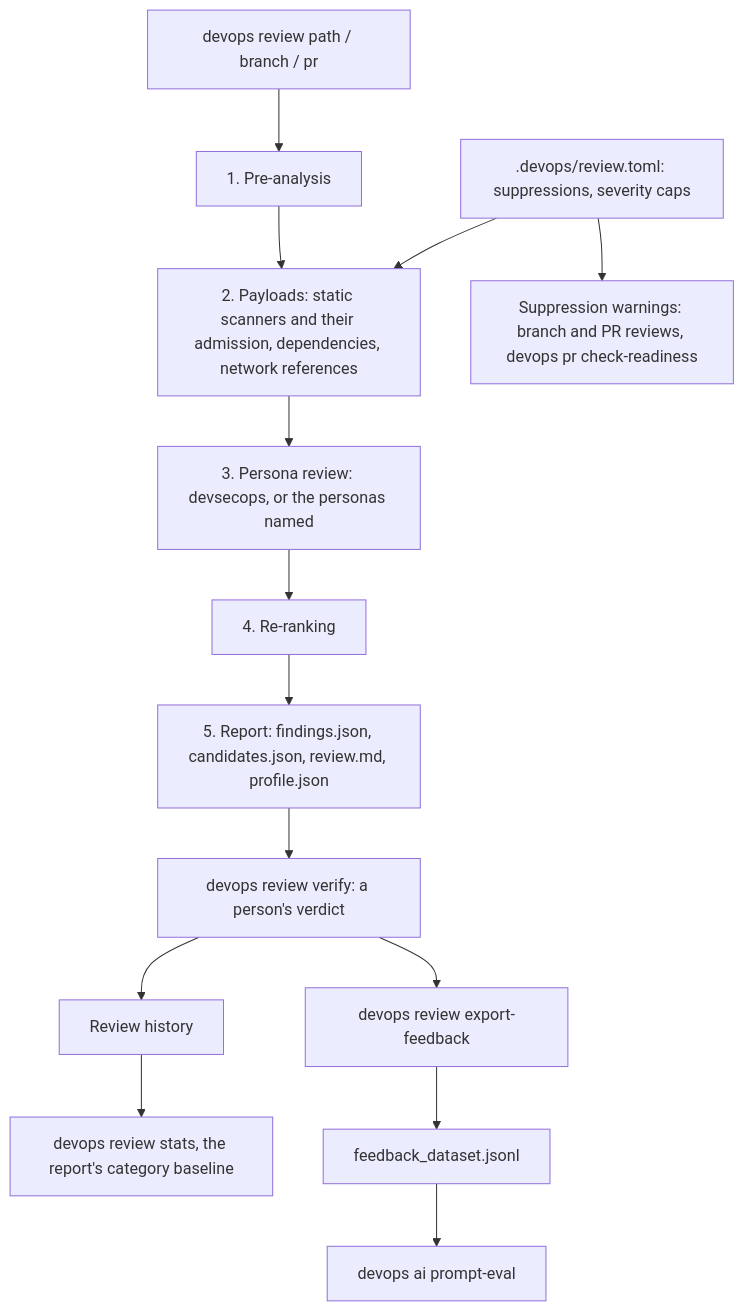
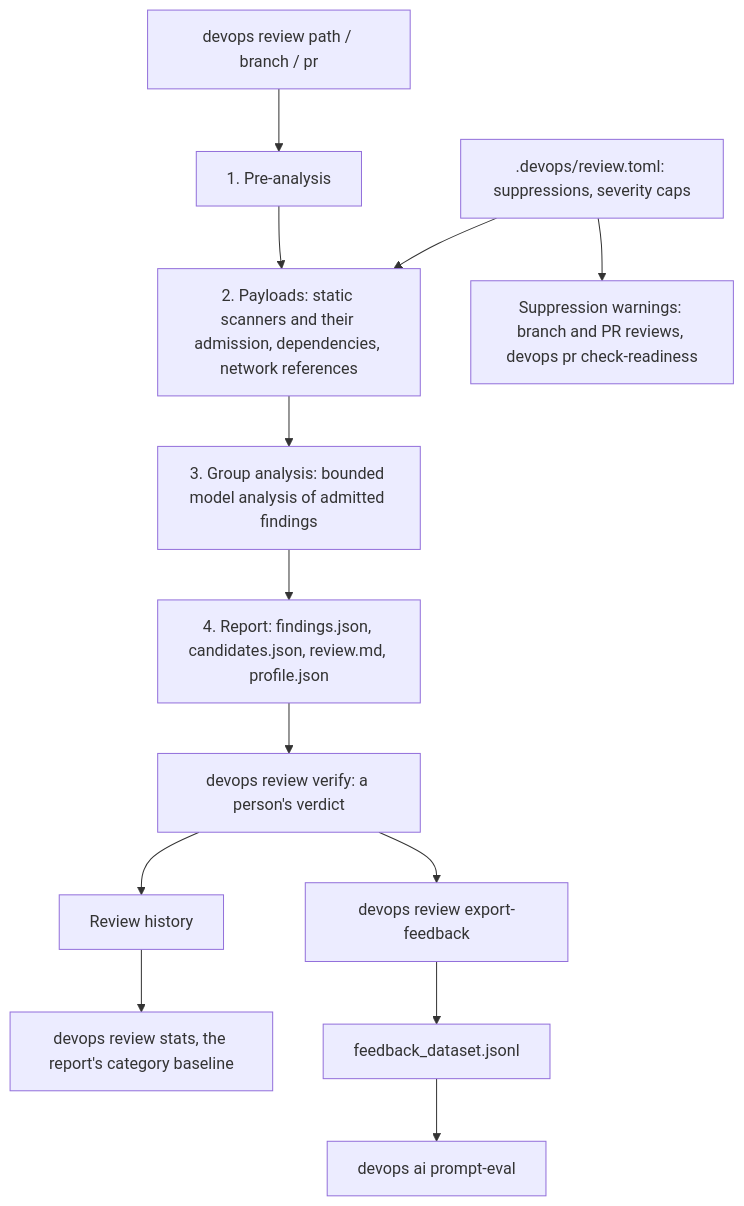
Before and after one commit to dan-petty/devops-cli: the first of 2 diagrams in docs/SELF_IMPROVEMENT.md, drawn with Mermaid. The commit also changed other lines of this file and 37 other files, not shown here.

Commit message:
refactor(review): update documentation, delete review.md and obsolete persona references (Closes #1151)

````diff
--- a/docs/SELF_IMPROVEMENT.md
+++ b/docs/SELF_IMPROVEMENT.md
@@ -20,16 +20,15 @@
 ```mermaid
 flowchart TD
     A["devops review path / branch / pr"] --> B["1. Pre-analysis"]
     B --> C["2. Payloads: static scanners and their admission, dependencies, network references"]
-    C --> D["3. Persona review: devsecops, or the personas named"]
-    D --> F["4. Re-ranking"]
-    F --> G["5. Report: findings.json, candidates.json, review.md, profile.json"]
+    C --> D["3. Group analysis: bounded model analysis of admitted findings"]
+    D --> G["4. Report: findings.json, candidates.json, review.md, profile.json"]
     G --> H["devops review verify: a person's verdict"]
     H --> K["Review history"]
     K --> M["devops review stats, the report's category baseline"]
     H --> N["devops review export-feedback"]
     N --> O["feedback_dataset.jsonl"]
     O --> P["devops ai prompt-eval"]
     S[".devops/review.toml: suppressions, severity caps"] --> C
     S --> L["Suppression warnings: branch and PR reviews, devops pr check-readiness"]
 ```
````
